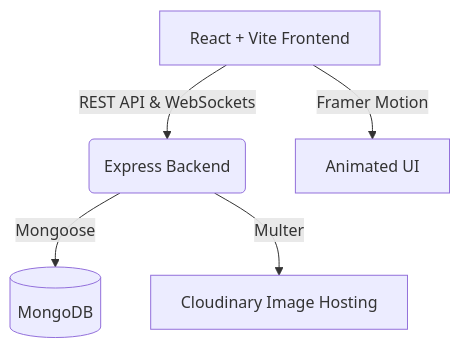
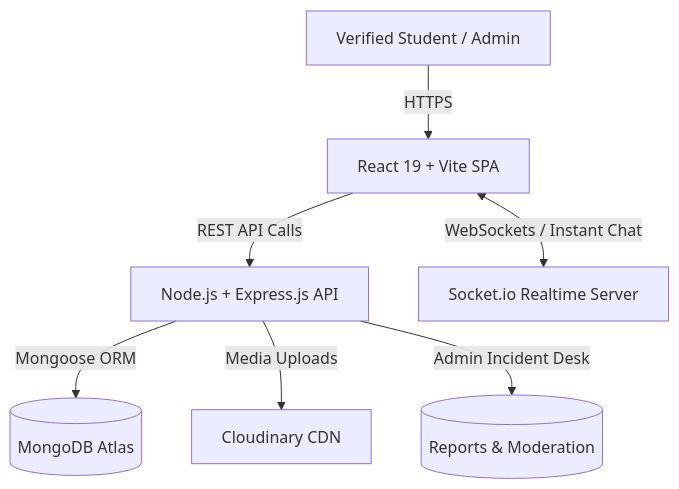
The diagram in README.md (raghavendra-kumar04/CampusLoop), drawn with Mermaid before and after one commit. The commit also changed other lines of this file, not shown here.

````diff
--- a/README.md
+++ b/README.md
@@ -58,7 +86,9 @@
 ```mermaid
 graph TD;
-    A[React + Vite Frontend] -->|REST API & WebSockets| B(Express Backend);
-    B -->|Mongoose| C[(MongoDB)];
-    B -->|Multer| D[Cloudinary Image Hosting];
-    A -->|Framer Motion| E[Animated UI];
+    User[Verified Student / Admin] -->|HTTPS| Frontend[React 19 + Vite SPA];
+    Frontend -->|REST API Calls| Backend[Node.js + Express.js API];
+    Frontend <-->|WebSockets / Instant Chat| SocketServer[Socket.io Realtime Server];
+    Backend -->|Mongoose ORM| Database[(MongoDB Atlas)];
+    Backend -->|Media Uploads| Cloudinary[Cloudinary CDN];
+    Backend -->|Admin Incident Desk| Reports[(Reports & Moderation)];
 ```
````
